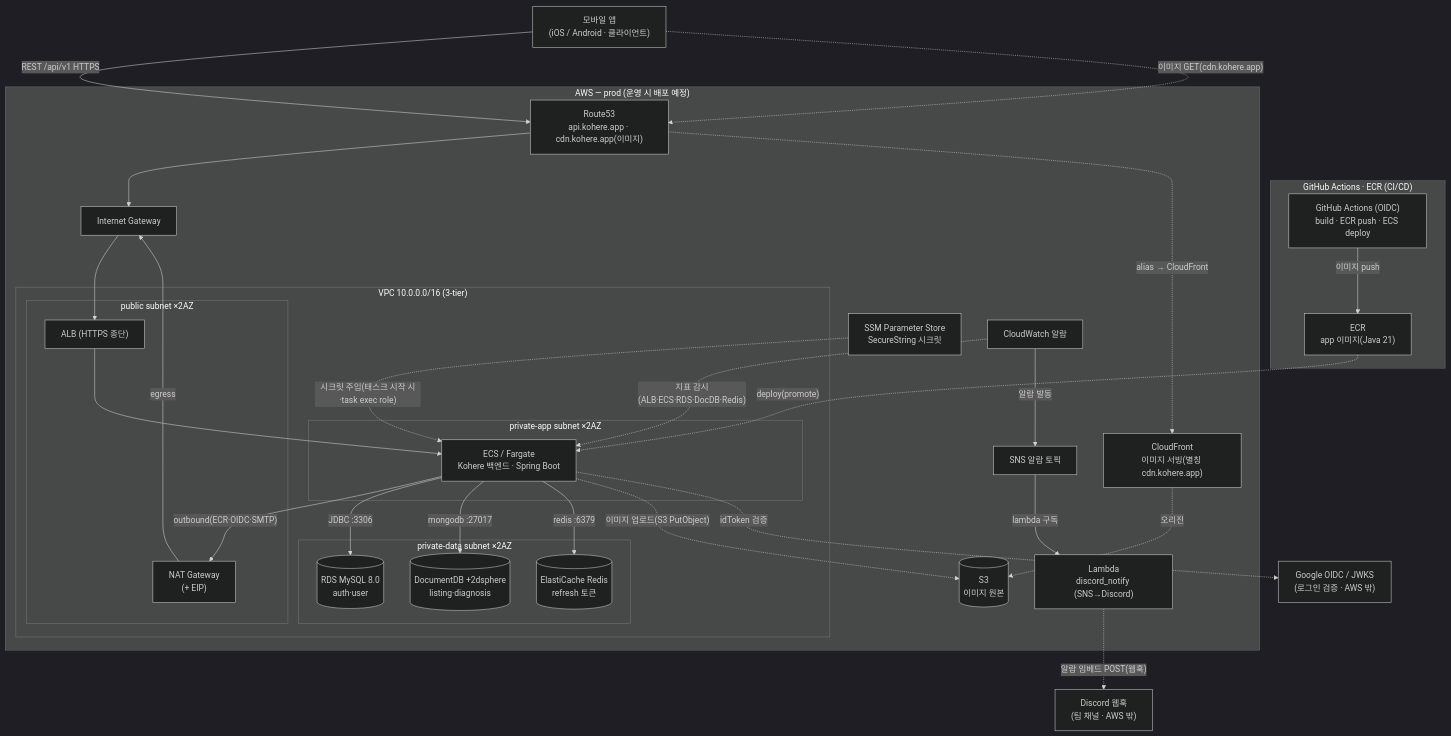
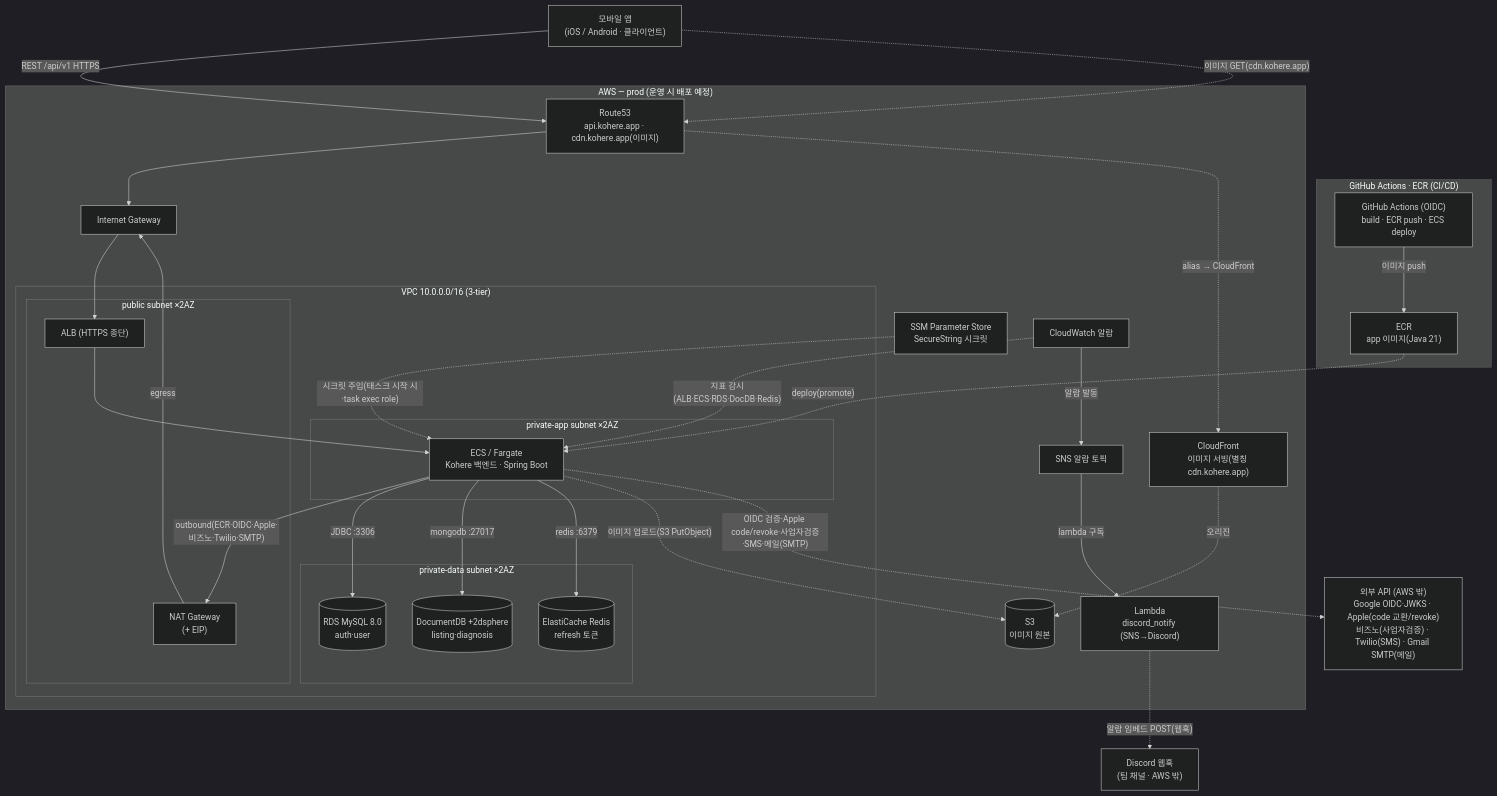
Before and after one commit to jameskim9509/Kohere-backend: the fourth of 5 diagrams in docs/architecture/system-overview.md, drawn with Mermaid (dark theme). The commit also changed other lines of this file and 2 other files, not shown here.

First line of the commit message:
docs(arch): 외부 의존 아키텍처·메일 SMTP 표기 정정

````diff
--- a/docs/architecture/system-overview.md
+++ b/docs/architecture/system-overview.md
@@ -176,58 +185,58 @@
 ```mermaid
 flowchart TB
     APP["모바일 앱<br/>(iOS / Android · 클라이언트)"]
-    EXT["Google OIDC / JWKS<br/>(로그인 검증 · AWS 밖)"]
+    EXT["외부 API (AWS 밖)<br/>Google OIDC·JWKS · Apple(code 교환/revoke)<br/>비즈노(사업자검증) · Twilio(SMS) · Gmail SMTP(메일)"]
     DISCORD["Discord 웹훅<br/>(팀 채널 · AWS 밖)"]
 
     subgraph CICD["GitHub Actions · ECR (CI/CD)"]
       GHA["GitHub Actions (OIDC)<br/>build · ECR push · ECS deploy"]
       ECR["ECR<br/>app 이미지(Java 21)"]
     end
 
     subgraph AWS["AWS — prod (운영 시 배포 예정)"]
       R53["Route53<br/>api.kohere.app · cdn.kohere.app(이미지)"]
       CF["CloudFront<br/>이미지 서빙(별칭 cdn.kohere.app)"]
       S3IMG[("S3<br/>이미지 원본")]
       SSM["SSM Parameter Store<br/>SecureString 시크릿"]
       CW["CloudWatch 알람"]
       SNS["SNS 알람 토픽"]
       LMBD["Lambda<br/>discord_notify (SNS→Discord)"]
       IGW["Internet Gateway"]
       subgraph VPC["VPC 10.0.0.0/16 (3-tier)"]
         subgraph PUB["public subnet ×2AZ"]
           ALB["ALB (HTTPS 종단)"]
           NAT["NAT Gateway<br/>(+ EIP)"]
         end
         subgraph APPNET["private-app subnet ×2AZ"]
           FARGATE["ECS / Fargate<br/>Kohere 백엔드 · Spring Boot"]
         end
         subgraph DATANET["private-data subnet ×2AZ"]
           RDS[("RDS MySQL 8.0<br/>auth·user")]
           MONGO[("DocumentDB +2dsphere<br/>listing·diagnosis")]
           ELASTI[("ElastiCache Redis<br/>refresh 토큰")]
         end
       end
     end
 
     GHA -- "이미지 push" --> ECR
     ECR -. "deploy(promote)" .-> FARGATE
     APP -- "REST /api/v1 HTTPS" --> R53
     R53 --> IGW
     IGW --> ALB
     ALB --> FARGATE
-    FARGATE -- "outbound(ECR·OIDC·SMTP)" --> NAT
+    FARGATE -- "outbound(ECR·OIDC·Apple·비즈노·Twilio·SMTP)" --> NAT
     NAT -- "egress" --> IGW
     SSM -. "시크릿 주입(태스크 시작 시·task exec role)" .-> FARGATE
     FARGATE -- "JDBC :3306" --> RDS
     FARGATE -- "mongodb :27017" --> MONGO
     FARGATE -- "redis :6379" --> ELASTI
     FARGATE -. "이미지 업로드(S3 PutObject)" .-> S3IMG
     CF -. "오리진" .-> S3IMG
     APP -. "이미지 GET(cdn.kohere.app)" .-> R53
     R53 -. "alias → CloudFront" .-> CF
-    FARGATE -. "idToken 검증" .-> EXT
+    FARGATE -. "OIDC 검증·Apple code/revoke·사업자검증·SMS·메일(SMTP)" .-> EXT
     CW -. "지표 감시(ALB·ECS·RDS·DocDB·Redis)" .-> FARGATE
     CW -- "알람 발동" --> SNS
     SNS -- "lambda 구독" --> LMBD
     LMBD -. "알람 임베드 POST(웹훅)" .-> DISCORD
 ```
````
